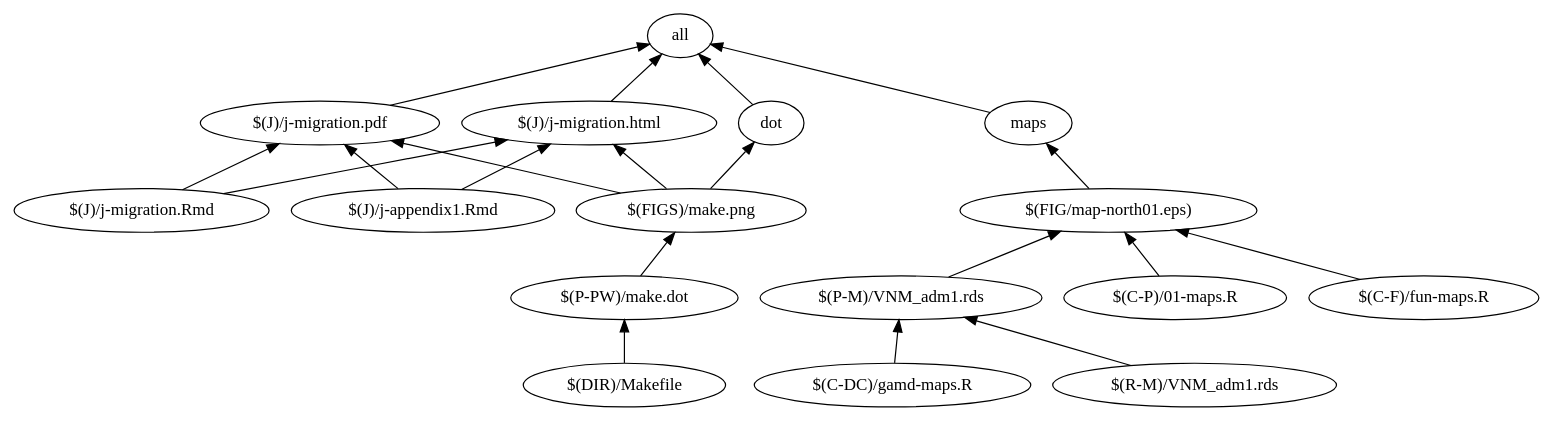
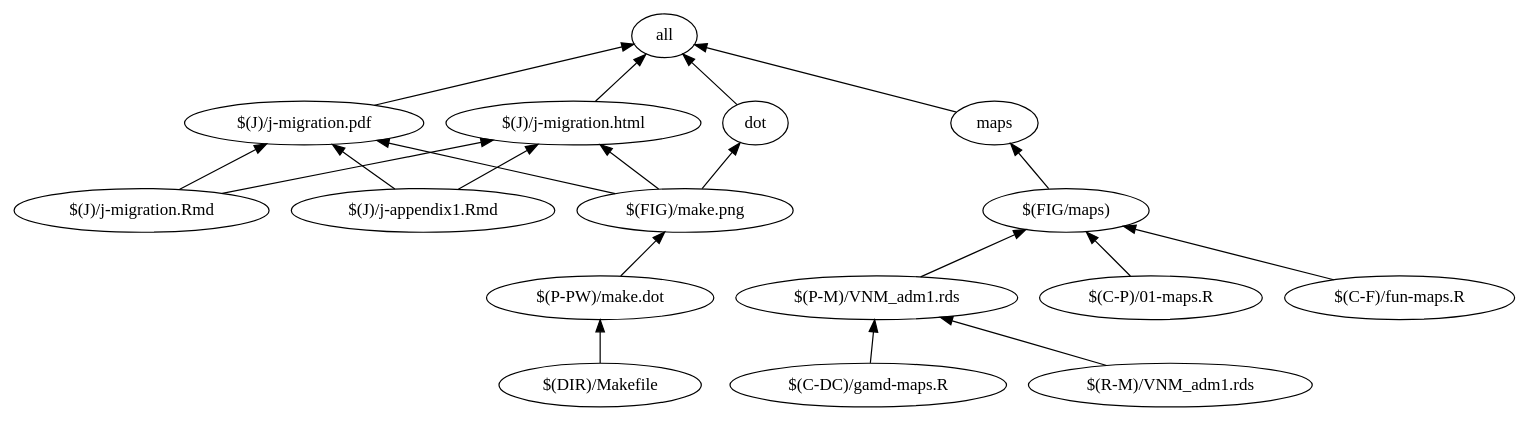
Before and after one commit to majazaloznik/vn: the diagram in data/processed/project-wide/make.dot, drawn with Graphviz. The commit also changed 3 other files, not shown here.

```diff
--- a/data/processed/project-wide/make.dot
+++ b/data/processed/project-wide/make.dot
@@ -1,32 +1,32 @@
 digraph G {
 	rankdir="BT"
 	"all"
 	"$(J)/j-migration.pdf" -> "all"
 	"$(J)/j-migration.html" -> "all"
 	"maps" -> "all"
 	"dot" -> "all"
 	"dot"
-	"$(FIGS)/make.png" -> "dot"
+	"$(FIG)/make.png" -> "dot"
 	"maps"
-	"$(FIG/map-north01.eps)" -> "maps"
+	"$(FIG/maps)" -> "maps"
 	"$(P-PW)/make.dot"
 	"$(DIR)/Makefile" -> "$(P-PW)/make.dot"
-	"$(FIGS)/make.png"
-	"$(P-PW)/make.dot" -> "$(FIGS)/make.png"
+	"$(FIG)/make.png"
+	"$(P-PW)/make.dot" -> "$(FIG)/make.png"
 	"$(J)/j-migration.html"
 	"$(J)/j-migration.Rmd" -> "$(J)/j-migration.html"
 	"$(J)/j-appendix1.Rmd" -> "$(J)/j-migration.html"
-	"$(FIGS)/make.png" -> "$(J)/j-migration.html"
+	"$(FIG)/make.png" -> "$(J)/j-migration.html"
 	"$(J)/j-migration.pdf"
 	"$(J)/j-migration.Rmd" -> "$(J)/j-migration.pdf"
 	"$(J)/j-appendix1.Rmd" -> "$(J)/j-migration.pdf"
-	"$(FIGS)/make.png" -> "$(J)/j-migration.pdf"
+	"$(FIG)/make.png" -> "$(J)/j-migration.pdf"
 	"$(R-M)/VNM_adm1.rds"
 	"$(P-M)/VNM_adm1.rds"
 	"$(C-DC)/gamd-maps.R" -> "$(P-M)/VNM_adm1.rds"
 	"$(R-M)/VNM_adm1.rds" -> "$(P-M)/VNM_adm1.rds"
-	"$(FIG/map-north01.eps)"
-	"$(C-P)/01-maps.R" -> "$(FIG/map-north01.eps)"
-	"$(P-M)/VNM_adm1.rds" -> "$(FIG/map-north01.eps)"
-	"$(C-F)/fun-maps.R" -> "$(FIG/map-north01.eps)"
+	"$(FIG/maps)"
+	"$(C-P)/01-maps.R" -> "$(FIG/maps)"
+	"$(P-M)/VNM_adm1.rds" -> "$(FIG/maps)"
+	"$(C-F)/fun-maps.R" -> "$(FIG/maps)"
 }
```
